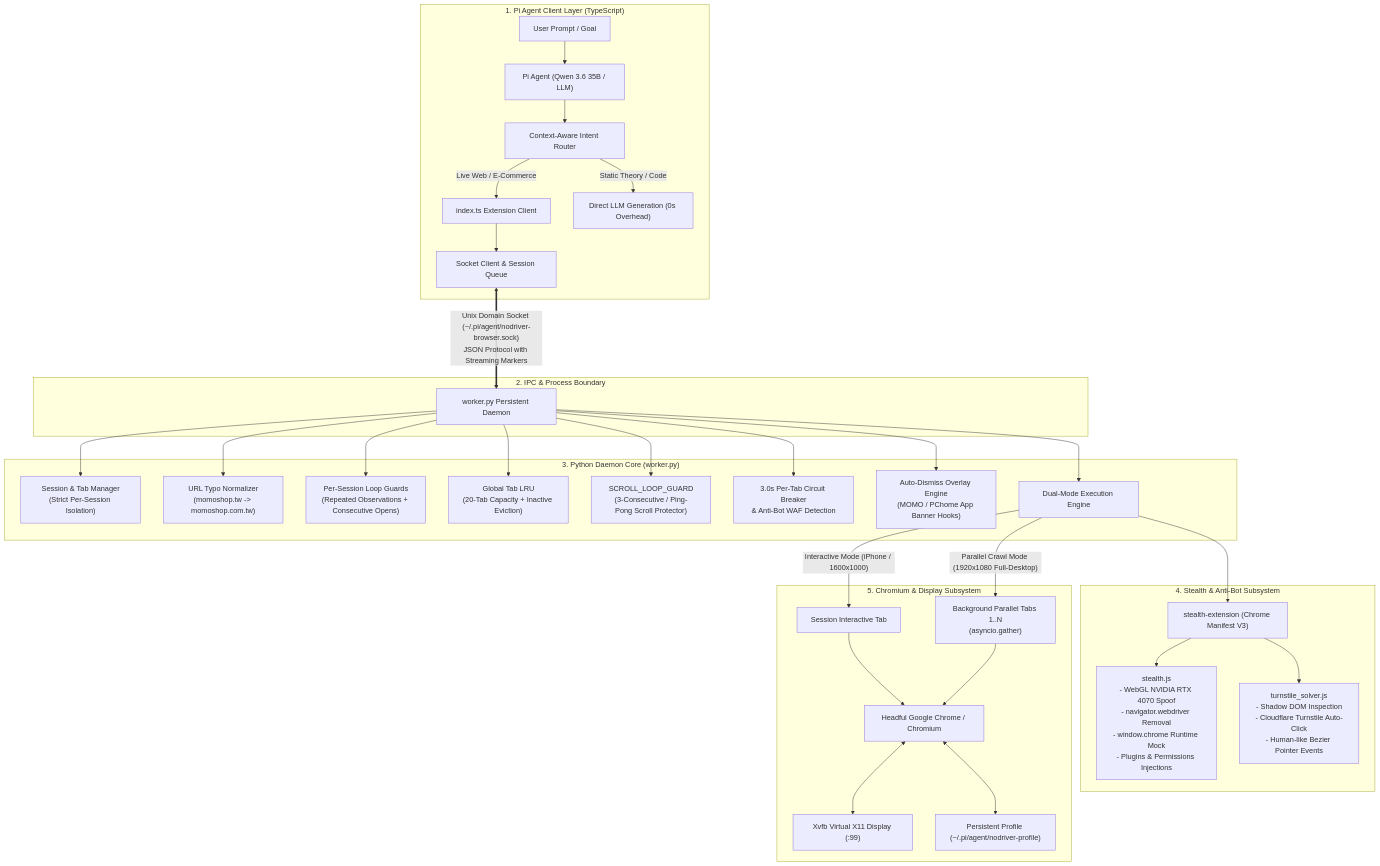
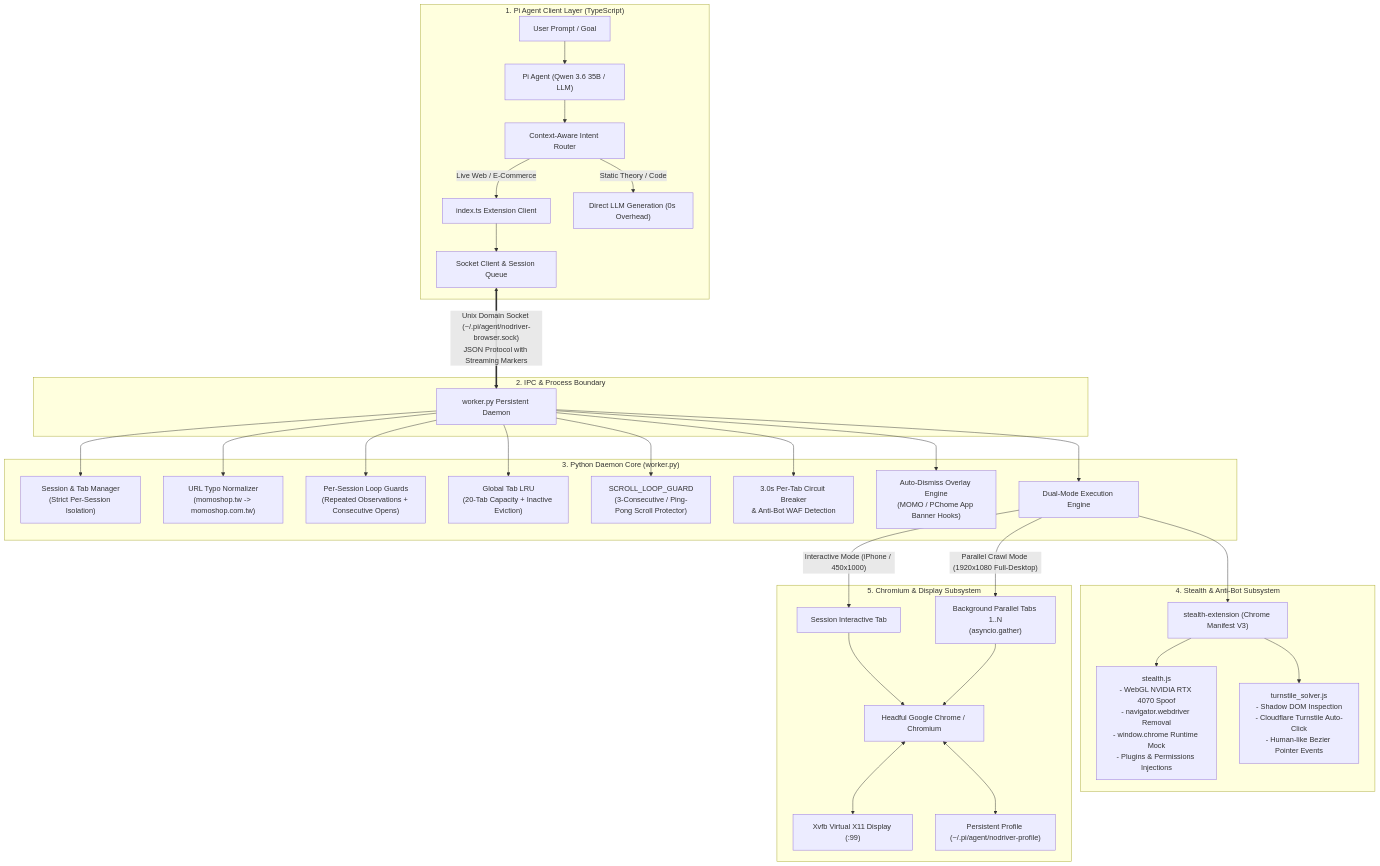
Before and after one commit to AyaSakura-comp/pi-nodriver-browser: the first of 5 diagrams in README.md, drawn with Mermaid. The commit also changed other lines of this file and 13 other files, not shown here.

````diff
--- a/README.md
+++ b/README.md
@@ -23,40 +23,40 @@
 ```mermaid
 flowchart TB
     subgraph ClientLayer["1. Pi Agent Client Layer (TypeScript)"]
         UI["User Prompt / Goal"] --> AGENT["Pi Agent (Qwen 3.6 35B / LLM)"]
         AGENT --> ROUTER["Context-Aware Intent Router"]
         ROUTER -->|"Live Web / E-Commerce"| EXT["index.ts Extension Client"]
         ROUTER -->|"Static Theory / Code"| DIRECT["Direct LLM Generation (0s Overhead)"]
         EXT --> IPC_CLIENT["Socket Client & Session Queue"]
     end
 
     subgraph IPCLayer["2. IPC & Process Boundary"]
         IPC_CLIENT <==>|"Unix Domain Socket (~/.pi/agent/nodriver-browser.sock)\nJSON Protocol with Streaming Markers"| DAEMON["worker.py Persistent Daemon"]
     end
 
     subgraph DaemonLayer["3. Python Daemon Core (worker.py)"]
         DAEMON --> SESSIONS["Session & Tab Manager\n(Strict Per-Session Isolation)"]
         DAEMON --> URL_NORM["URL Typo Normalizer\n(momoshop.tw -> momoshop.com.tw)"]
         DAEMON --> GUARD["Per-Session Loop Guards\n(Repeated Observations + Consecutive Opens)"]
         DAEMON --> TAB_LRU["Global Tab LRU\n(20-Tab Capacity + Inactive Eviction)"]
         DAEMON --> SCROLL_GUARD["SCROLL_LOOP_GUARD\n(3-Consecutive / Ping-Pong Scroll Protector)"]
         DAEMON --> BREAKER["3.0s Per-Tab Circuit Breaker\n& Anti-Bot WAF Detection"]
         DAEMON --> AUTO_DISMISS["Auto-Dismiss Overlay Engine\n(MOMO / PChome App Banner Hooks)"]
         DAEMON --> ENGINE["Dual-Mode Execution Engine"]
     end
 
     subgraph StealthLayer["4. Stealth & Anti-Bot Subsystem"]
         ENGINE --> STEALTH_EXT["stealth-extension (Chrome Manifest V3)"]
         STEALTH_EXT --> S_STEALTH["stealth.js\n- WebGL NVIDIA RTX 4070 Spoof\n- navigator.webdriver Removal\n- window.chrome Runtime Mock\n- Plugins & Permissions Injections"]
         STEALTH_EXT --> S_SOLVER["turnstile_solver.js\n- Shadow DOM Inspection\n- Cloudflare Turnstile Auto-Click\n- Human-like Bezier Pointer Events"]
     end
 
     subgraph BrowserLayer["5. Chromium & Display Subsystem"]
-        ENGINE -->|"Interactive Mode (iPhone / 1600x1000)"| TAB_ACTIVE["Session Interactive Tab"]
+        ENGINE -->|"Interactive Mode (iPhone / 450x1000)"| TAB_ACTIVE["Session Interactive Tab"]
         ENGINE -->|"Parallel Crawl Mode (1920x1080 Full-Desktop)"| TABS_POOL["Background Parallel Tabs 1..N\n(asyncio.gather)"]
         TAB_ACTIVE --> CHROME["Headful Google Chrome / Chromium"]
         TABS_POOL --> CHROME
         CHROME <--> XVFB["Xvfb Virtual X11 Display (:99)"]
         CHROME <--> PROFILE["Persistent Profile (~/.pi/agent/nodriver-profile)"]
     end
 ```
````
